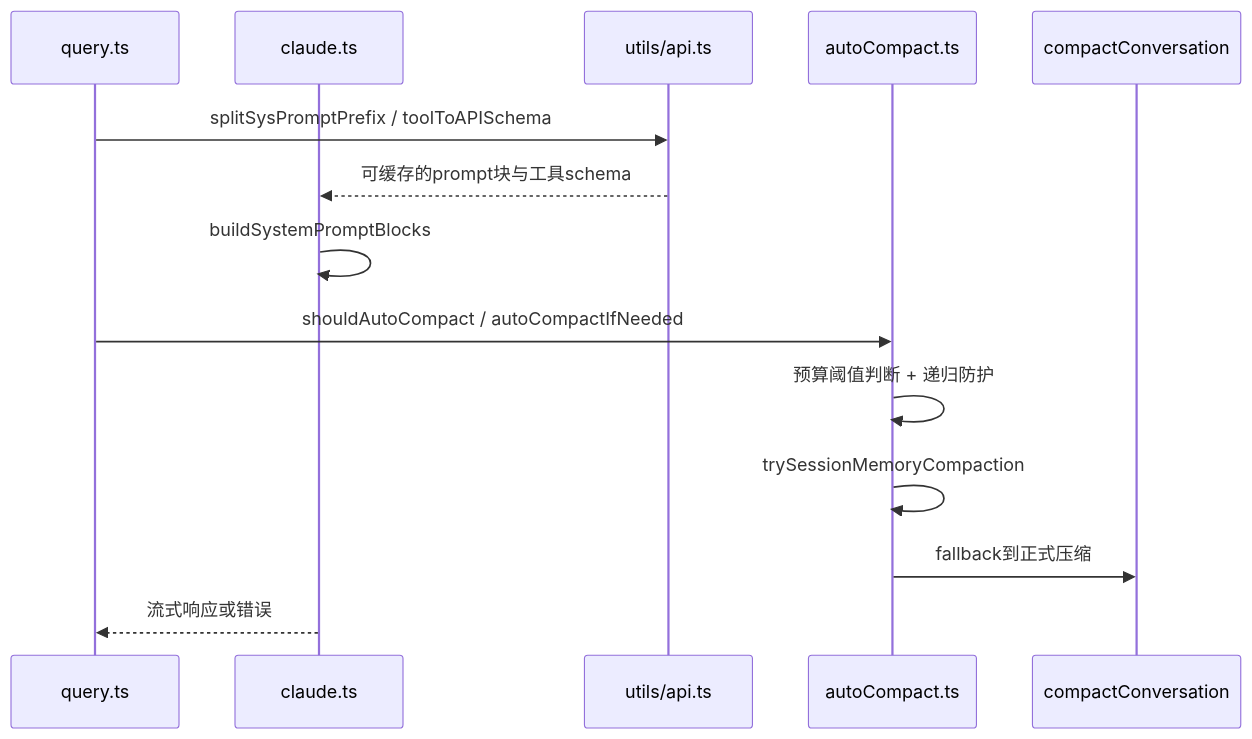
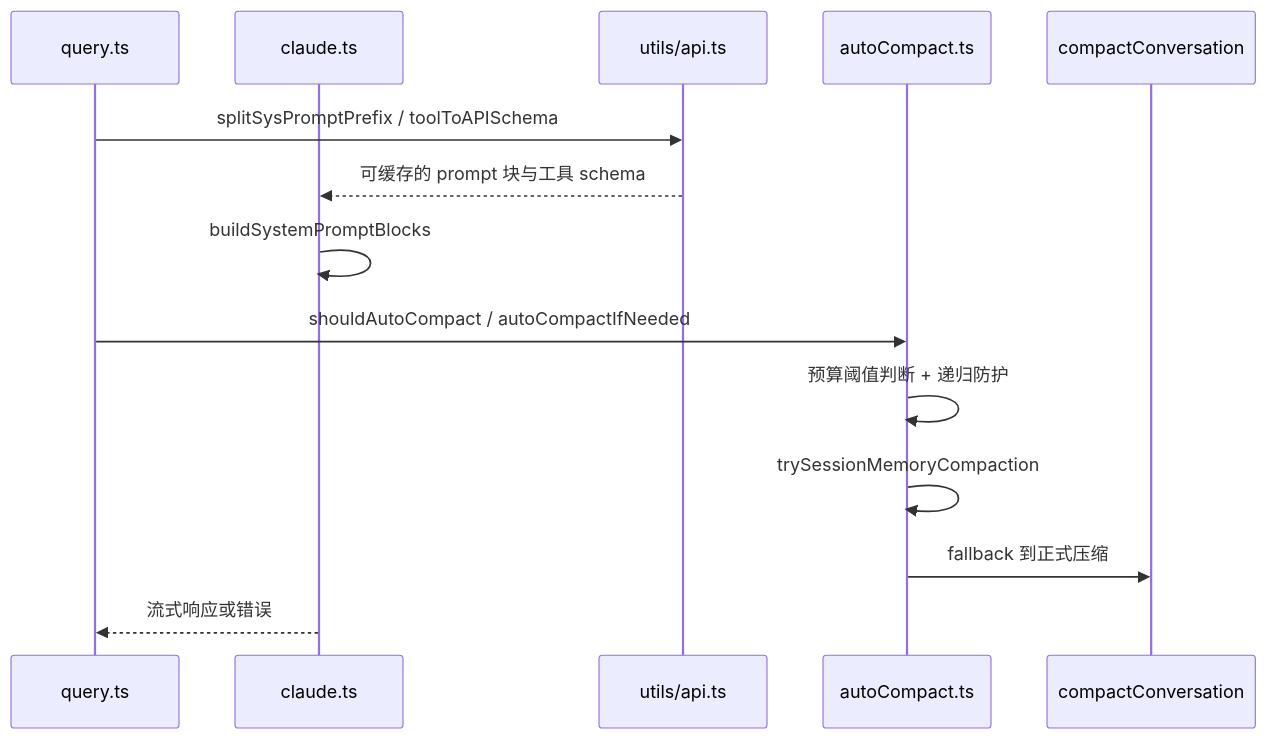
The diagram in book/12-API通信、Prompt Cache与上下文压缩.md (Wukung1010/claude_code_book), drawn with Mermaid before and after one commit. The commit also changed other lines of this file and 23 other files, not shown here.

````diff
--- a/book/12-API通信、Prompt Cache与上下文压缩.md
+++ b/book/12-API通信、Prompt Cache与上下文压缩.md
@@ -352,17 +352,17 @@
 ```mermaid
 sequenceDiagram
     participant Q as query.ts
     participant API as claude.ts
     participant U as utils/api.ts
     participant AC as autoCompact.ts
     participant CC as compactConversation
 
     Q->>U: splitSysPromptPrefix / toolToAPISchema
-    U-->>API: 可缓存的prompt块与工具schema
+    U-->>API: 可缓存的 prompt 块与工具 schema
     API->>API: buildSystemPromptBlocks
     Q->>AC: shouldAutoCompact / autoCompactIfNeeded
     AC->>AC: 预算阈值判断 + 递归防护
     AC->>AC: trySessionMemoryCompaction
-    AC->>CC: fallback到正式压缩
+    AC->>CC: fallback 到正式压缩
     API-->>Q: 流式响应或错误
 ```
````
